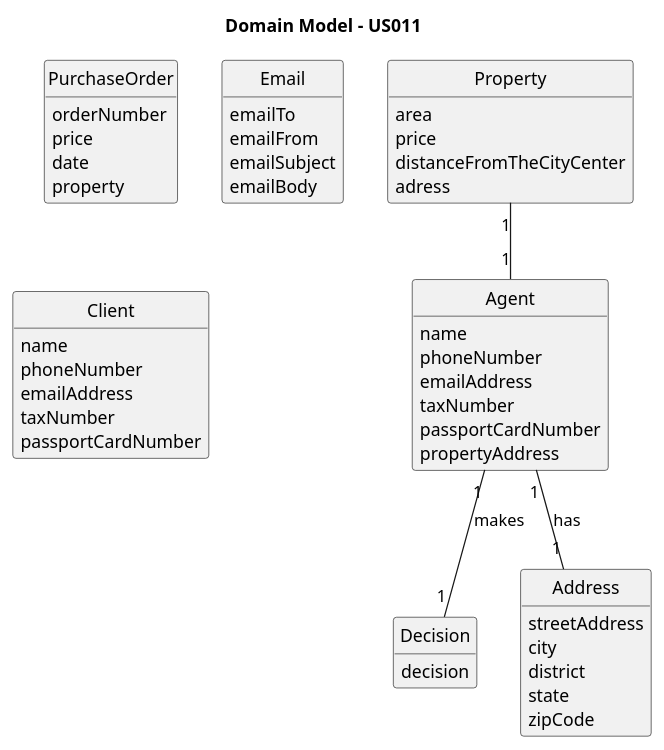
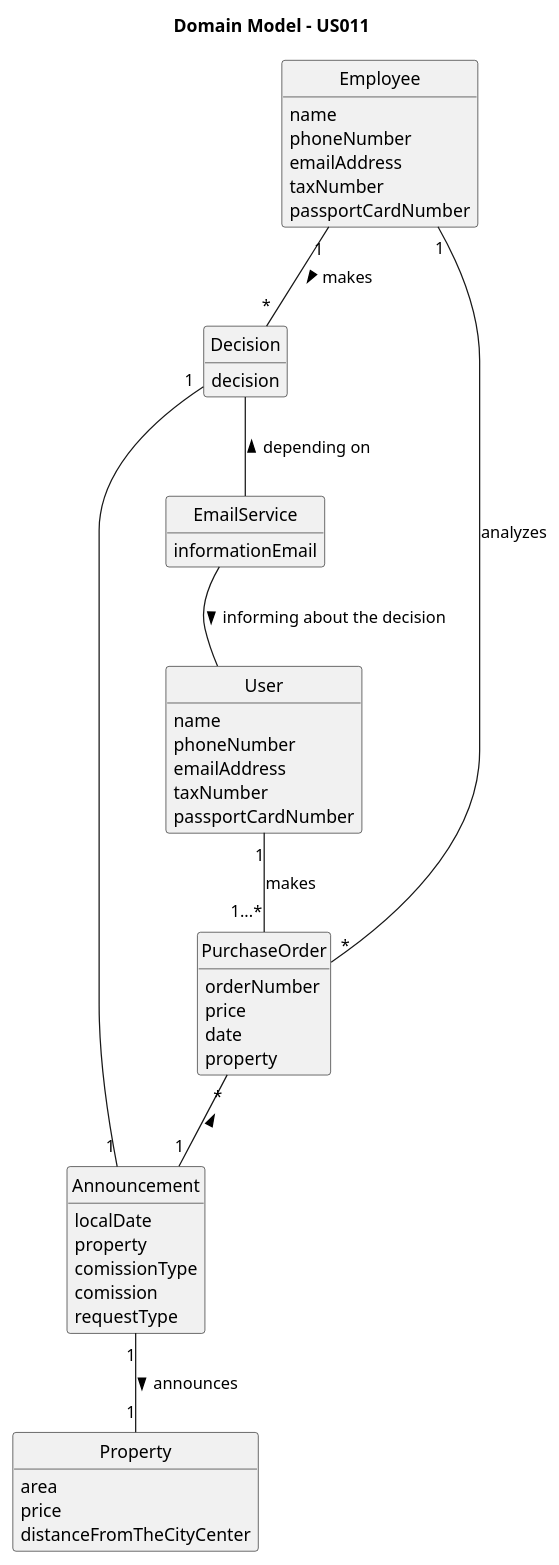
Before and after one commit to 1220812/LAPR2: the diagram in docs/sprintC/us011/02.analysis/puml/us011-domain-model.puml, drawn with PlantUML. The commit also changed 10 other files, not shown here.

```diff
--- a/docs/sprintC/us011/02.analysis/puml/us011-domain-model.puml
+++ b/docs/sprintC/us011/02.analysis/puml/us011-domain-model.puml
@@ -1,74 +1,71 @@
 @startuml
 skinparam monochrome true
 skinparam packageStyle rectangle
 skinparam shadowing false
 
 'left to right direction
 
 skinparam classAttributeIconSize 0
 
 hide circle
 hide methods
 
 title Domain Model - US011
 
 class Property{
 area
 price
 distanceFromTheCityCenter
-adress
 }
 
-class Agent{
-   name
-   phoneNumber
-   emailAddress
-   taxNumber
-   passportCardNumber
-   propertyAddress
+class Employee{
+name
+phoneNumber
+emailAddress
+taxNumber
+passportCardNumber
 }
 
 class Decision{
 decision
 }
 
 class PurchaseOrder{
 orderNumber
 price
 date
 property
 }
 
-class Address{
-streetAddress
-city
-district
-state
-zipCode
-}
 
-class Email{
-emailTo
-emailFrom
-emailSubject
-emailBody
-}
-
-class Client{
+class User{
 name
 phoneNumber
 emailAddress
 taxNumber
 passportCardNumber
 }
 
-Property "1" -- "1" Agent
+class Announcement{
+localDate
+property
+comissionType
+comission
+requestType
+}
 
-Agent "1" -- "1" Address : has
-Agent "1" -- "1" Decision : makes
+class EmailService{
+informationEmail
+}
 
 
-
-
+Employee "1" -- "*" Decision : makes >
+Announcement "1" -- "1" Property : announces >
+User "1" -- "1...*" PurchaseOrder : makes
+PurchaseOrder "*" -- "1" Announcement : <
+Employee "1" --"*" PurchaseOrder : analyzes
+Decision "1" -- "1" Announcement
+Decision -- EmailService : depending on <
+EmailService -- User : informing about the decision >
 
 @enduml
```
